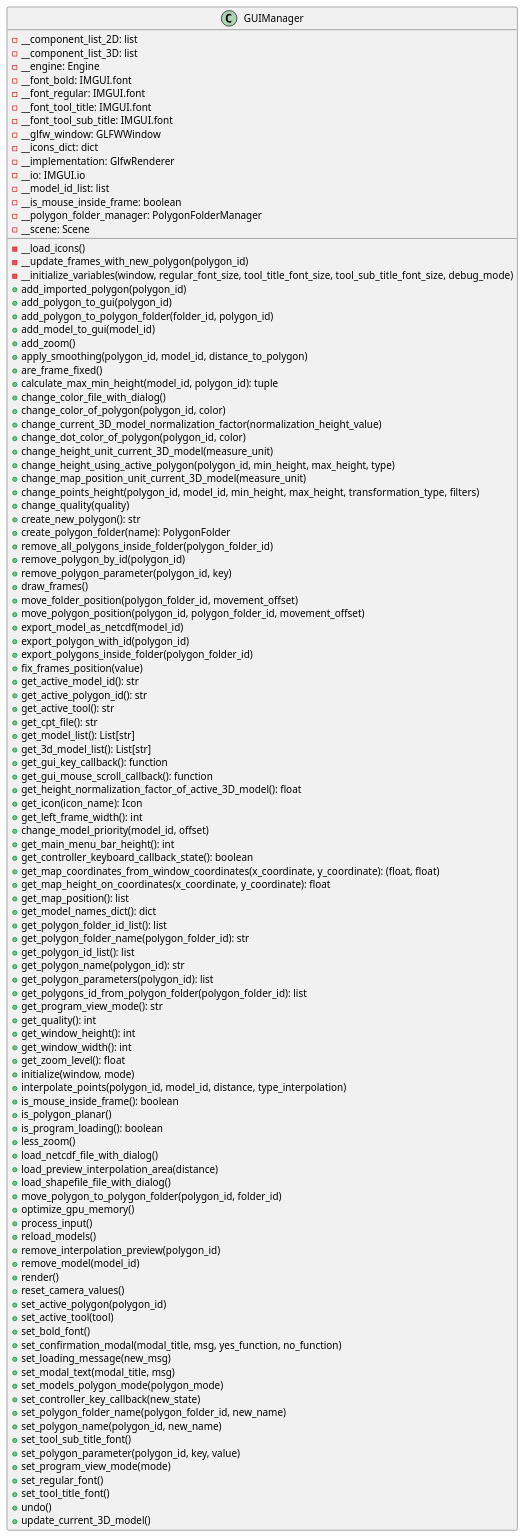
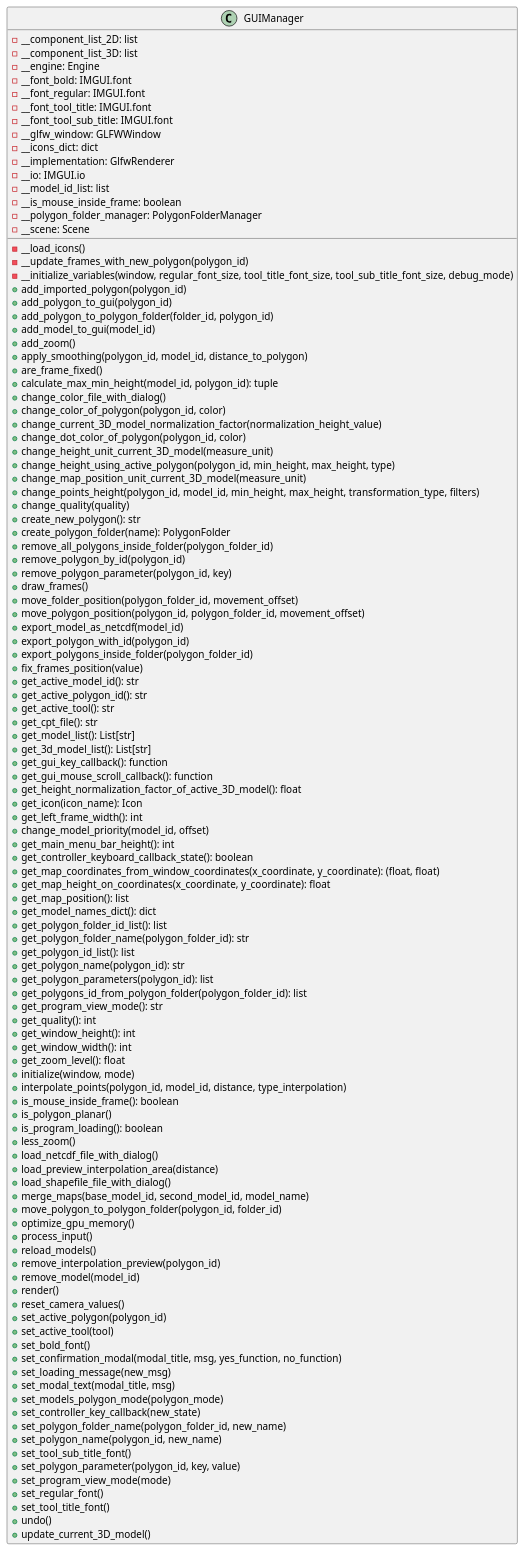
Before and after one commit to ferpoble2/Relief_Creator: the diagram in docs/classes/GUIManager.puml, drawn with PlantUML.

Commit message:
Documented method in GUIManager.

```diff
--- a/docs/classes/GUIManager.puml
+++ b/docs/classes/GUIManager.puml
@@ -1,116 +1,117 @@
 @startuml
 'https://plantuml.com/class-diagram
 class GUIManager{
     - __component_list_2D: list
     - __component_list_3D: list
     - __engine: Engine
     - __font_bold: IMGUI.font
     - __font_regular: IMGUI.font
     - __font_tool_title: IMGUI.font
     - __font_tool_sub_title: IMGUI.font
     - __glfw_window: GLFWWindow
     - __icons_dict: dict
     - __implementation: GlfwRenderer
     - __io: IMGUI.io
     - __model_id_list: list
     - __is_mouse_inside_frame: boolean
     - __polygon_folder_manager: PolygonFolderManager
     - __scene: Scene
 
     - __load_icons()
     - __update_frames_with_new_polygon(polygon_id)
     - __initialize_variables(window, regular_font_size, tool_title_font_size, tool_sub_title_font_size, debug_mode)
     + add_imported_polygon(polygon_id)
     + add_polygon_to_gui(polygon_id)
     + add_polygon_to_polygon_folder(folder_id, polygon_id)
     + add_model_to_gui(model_id)
     + add_zoom()
     + apply_smoothing(polygon_id, model_id, distance_to_polygon)
     + are_frame_fixed()
     + calculate_max_min_height(model_id, polygon_id): tuple
     + change_color_file_with_dialog()
     + change_color_of_polygon(polygon_id, color)
     + change_current_3D_model_normalization_factor(normalization_height_value)
     + change_dot_color_of_polygon(polygon_id, color)
     + change_height_unit_current_3D_model(measure_unit)
     + change_height_using_active_polygon(polygon_id, min_height, max_height, type)
     + change_map_position_unit_current_3D_model(measure_unit)
     + change_points_height(polygon_id, model_id, min_height, max_height, transformation_type, filters)
     + change_quality(quality)
     + create_new_polygon(): str
     + create_polygon_folder(name): PolygonFolder
     + remove_all_polygons_inside_folder(polygon_folder_id)
     + remove_polygon_by_id(polygon_id)
     + remove_polygon_parameter(polygon_id, key)
     + draw_frames()
     + move_folder_position(polygon_folder_id, movement_offset)
     + move_polygon_position(polygon_id, polygon_folder_id, movement_offset)
     + export_model_as_netcdf(model_id)
     + export_polygon_with_id(polygon_id)
     + export_polygons_inside_folder(polygon_folder_id)
     + fix_frames_position(value)
     + get_active_model_id(): str
     + get_active_polygon_id(): str
     + get_active_tool(): str
     + get_cpt_file(): str
     + get_model_list(): List[str]
     + get_3d_model_list(): List[str]
     + get_gui_key_callback(): function
     + get_gui_mouse_scroll_callback(): function
     + get_height_normalization_factor_of_active_3D_model(): float
     + get_icon(icon_name): Icon
     + get_left_frame_width(): int
     + change_model_priority(model_id, offset)
     + get_main_menu_bar_height(): int
     + get_controller_keyboard_callback_state(): boolean
     + get_map_coordinates_from_window_coordinates(x_coordinate, y_coordinate): (float, float)
     + get_map_height_on_coordinates(x_coordinate, y_coordinate): float
     + get_map_position(): list
     + get_model_names_dict(): dict
     + get_polygon_folder_id_list(): list
     + get_polygon_folder_name(polygon_folder_id): str
     + get_polygon_id_list(): list
     + get_polygon_name(polygon_id): str
     + get_polygon_parameters(polygon_id): list
     + get_polygons_id_from_polygon_folder(polygon_folder_id): list
     + get_program_view_mode(): str
     + get_quality(): int
     + get_window_height(): int
     + get_window_width(): int
     + get_zoom_level(): float
     + initialize(window, mode)
     + interpolate_points(polygon_id, model_id, distance, type_interpolation)
     + is_mouse_inside_frame(): boolean
     + is_polygon_planar()
     + is_program_loading(): boolean
     + less_zoom()
     + load_netcdf_file_with_dialog()
     + load_preview_interpolation_area(distance)
     + load_shapefile_file_with_dialog()
+    + merge_maps(base_model_id, second_model_id, model_name)
     + move_polygon_to_polygon_folder(polygon_id, folder_id)
     + optimize_gpu_memory()
     + process_input()
     + reload_models()
     + remove_interpolation_preview(polygon_id)
     + remove_model(model_id)
     + render()
     + reset_camera_values()
     + set_active_polygon(polygon_id)
     + set_active_tool(tool)
     + set_bold_font()
     + set_confirmation_modal(modal_title, msg, yes_function, no_function)
     + set_loading_message(new_msg)
     + set_modal_text(modal_title, msg)
     + set_models_polygon_mode(polygon_mode)
     + set_controller_key_callback(new_state)
     + set_polygon_folder_name(polygon_folder_id, new_name)
     + set_polygon_name(polygon_id, new_name)
     + set_tool_sub_title_font()
     + set_polygon_parameter(polygon_id, key, value)
     + set_program_view_mode(mode)
     + set_regular_font()
     + set_tool_title_font()
     + undo()
     + update_current_3D_model()
 }
 @enduml
```
